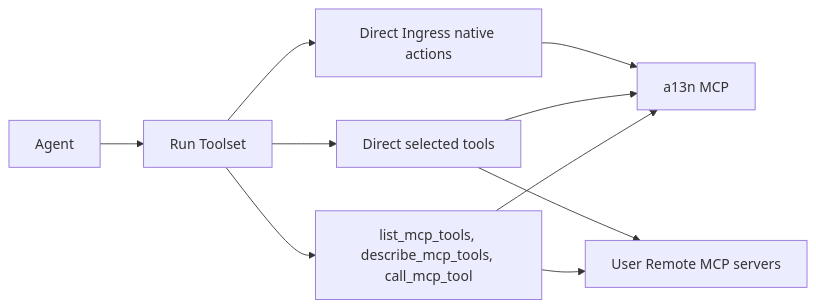
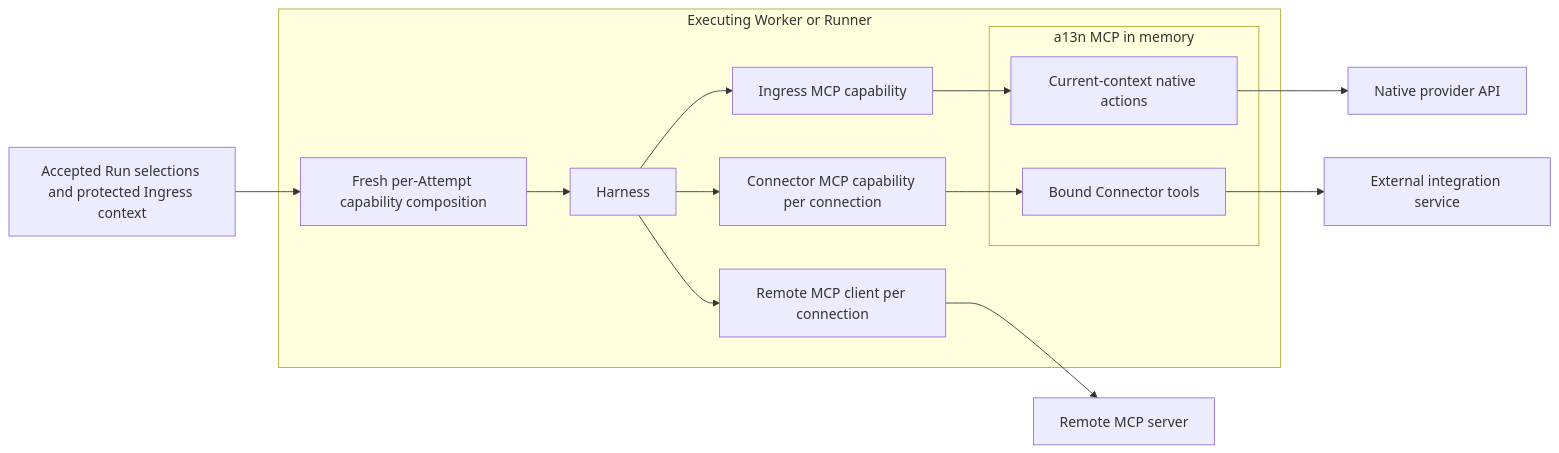
The first of 2 diagrams in spec/foundation-service/40-connectivity/04-agent-facing-tools.md (LTThreeComma/agent-foundation), drawn with Mermaid before and after one commit. The commit also changed other lines of this file and 125 other files, not shown here.

First line of the commit message:
feat(connectivity): compose external tools in process (#167)

````diff
--- a/spec/foundation-service/40-connectivity/04-agent-facing-tools.md
+++ b/spec/foundation-service/40-connectivity/04-agent-facing-tools.md
@@ -13,12 +13,19 @@
 ```mermaid
 flowchart LR
-    Agent --> Toolset[Run Toolset]
-    Toolset --> Native[Direct Ingress native actions]
-    Toolset --> Direct[Direct selected tools]
-    Toolset --> Catalog[list_mcp_tools, describe_mcp_tools, call_mcp_tool]
-    Native --> A13n[a13n MCP]
-    Direct --> A13n
-    Direct --> Remote[User Remote MCP servers]
-    Catalog --> A13n
-    Catalog --> Remote
+    Config[Accepted Run selections and protected Ingress context] --> Compose
+    subgraph Worker[Executing Worker or Runner]
+        Compose[Fresh per-Attempt capability composition] --> Harness
+        Harness --> IngressMCP[Ingress MCP capability]
+        Harness --> ConnectorMCP[Connector MCP capability per connection]
+        Harness --> RemoteClient[Remote MCP client per connection]
+        subgraph Local[a13n MCP in memory]
+            Native[Current-context native actions]
+            Connector[Bound Connector tools]
+        end
+        IngressMCP --> Native
+        ConnectorMCP --> Connector
+    end
+    Native --> Provider[Native provider API]
+    Connector --> Integration[External integration service]
+    RemoteClient --> Remote[Remote MCP server]
 ```
````
